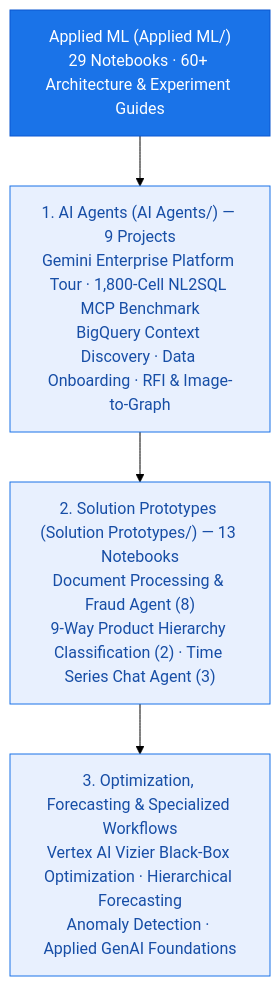
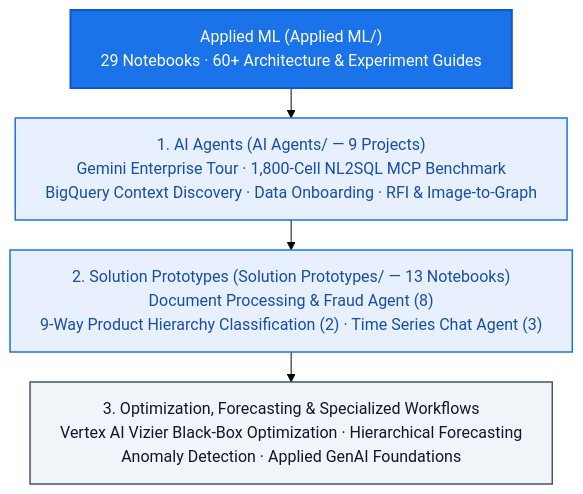
Before and after one commit to statmike/gcp-mlops: the diagram in Applied ML/readme.md, drawn with Mermaid (forest theme). The commit also changed 5 other files, not shown here.

Commit message:
docs: update Gemini Enterprise naming lineage and fix Mermaid contrast/wrapping across all 6 diagrams

````diff
--- a/Applied ML/readme.md
+++ b/Applied ML/readme.md
@@ -49,12 +49,15 @@
 ```mermaid
+%%{init: {'flowchart': {'wrappingWidth': 650, 'nodeSpacing': 25, 'rankSpacing': 30}}}%%
 flowchart TD
     Root["Applied ML (Applied ML/)<br/>29 Notebooks · 60+ Architecture & Experiment Guides"]
-    Root --> Agents["1. AI Agents (AI Agents/) — 9 Projects<br/>Gemini Enterprise Platform Tour · 1,800-Cell NL2SQL MCP Benchmark<br/>BigQuery Context Discovery · Data Onboarding · RFI & Image-to-Graph"]
-    Agents --> Solutions["2. Solution Prototypes (Solution Prototypes/) — 13 Notebooks<br/>Document Processing & Fraud Agent (8)<br/>9-Way Product Hierarchy Classification (2) · Time Series Chat Agent (3)"]
+    Root --> Agents["1. AI Agents (AI Agents/ — 9 Projects)<br/>Gemini Enterprise Tour · 1,800-Cell NL2SQL MCP Benchmark<br/>BigQuery Context Discovery · Data Onboarding · RFI & Image-to-Graph"]
+    Agents --> Solutions["2. Solution Prototypes (Solution Prototypes/ — 13 Notebooks)<br/>Document Processing & Fraud Agent (8)<br/>9-Way Product Hierarchy Classification (2) · Time Series Chat Agent (3)"]
     Solutions --> Opt["3. Optimization, Forecasting & Specialized Workflows<br/>Vertex AI Vizier Black-Box Optimization · Hierarchical Forecasting<br/>Anomaly Detection · Applied GenAI Foundations"]
 
-    classDef top fill:#1a73e8,stroke:#0b57d0,color:#fff
-    classDef section fill:#e8f0fe,stroke:#1a73e8,color:#174ea6
+    classDef top fill:#1a73e8,stroke:#0b57d0,stroke-width:2px,color:#ffffff
+    classDef section fill:#e8f0fe,stroke:#1a73e8,stroke-width:1.5px,color:#174ea6
+    classDef detail fill:#f1f5f9,stroke:#475569,stroke-width:1.5px,color:#0f172a
     class Root top
-    class Agents,Solutions,Opt section
+    class Agents,Solutions section
+    class Opt detail
 ```
````
